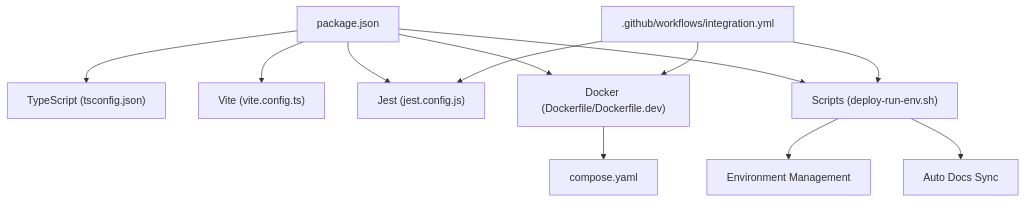
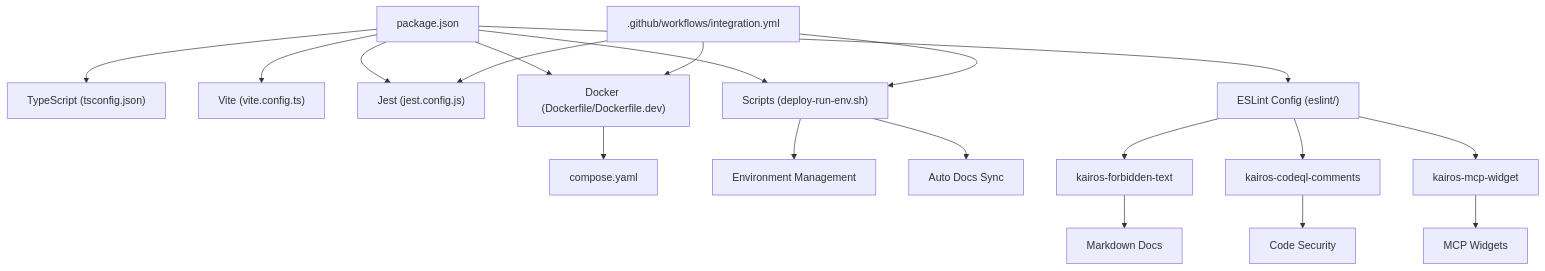
Before and after one commit to debian777/kairos-mcp: the eighth of 8 diagrams in .qoder/repowiki/en/content/Contributing & Development.md, drawn with Mermaid. The commit also changed other lines of this file and 3 other files, not shown here.

````diff
--- a/.qoder/repowiki/en/content/Contributing & Development.md
+++ b/.qoder/repowiki/en/content/Contributing & Development.md
@@ -344,14 +418,21 @@
 ```mermaid
 graph TB
 P["package.json"] --> T["TypeScript (tsconfig.json)"]
 P --> V["Vite (vite.config.ts)"]
 P --> J["Jest (jest.config.js)"]
 P --> D["Docker (Dockerfile/Dockerfile.dev)"]
 P --> S["Scripts (deploy-run-env.sh)"]
+P --> EL["ESLint Config (eslint/)"]
 D --> C["compose.yaml"]
 W[".github/workflows/integration.yml"] --> D
 W --> J
 W --> S
 S --> E["Environment Management"]
 S --> A["Auto Docs Sync"]
+EL --> KFT["kairos-forbidden-text"]
+EL --> KCL["kairos-codeql-comments"]
+EL --> KMW["kairos-mcp-widget"]
+KFT --> MD["Markdown Docs"]
+KCL --> CS["Code Security"]
+KMW --> MW["MCP Widgets"]
 ```
````
